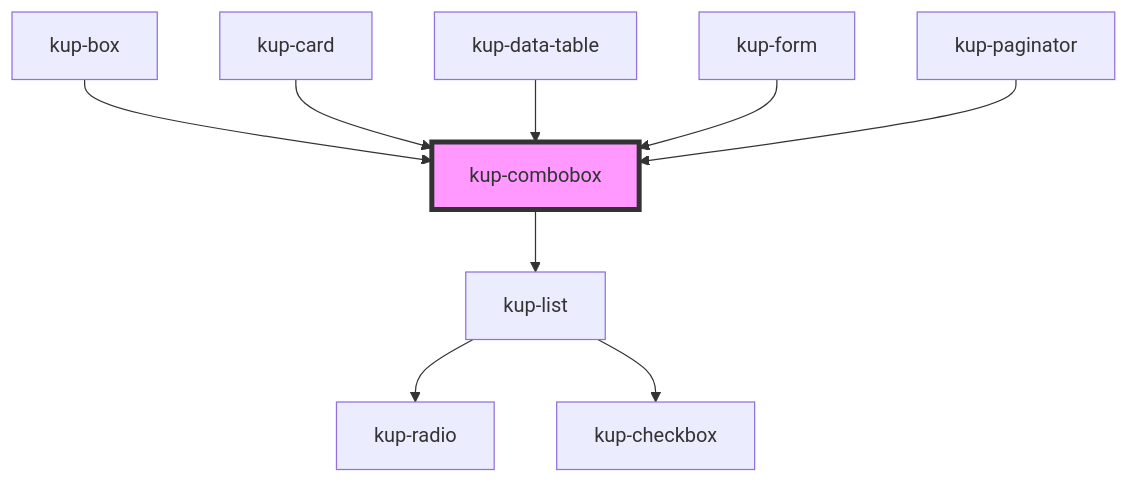
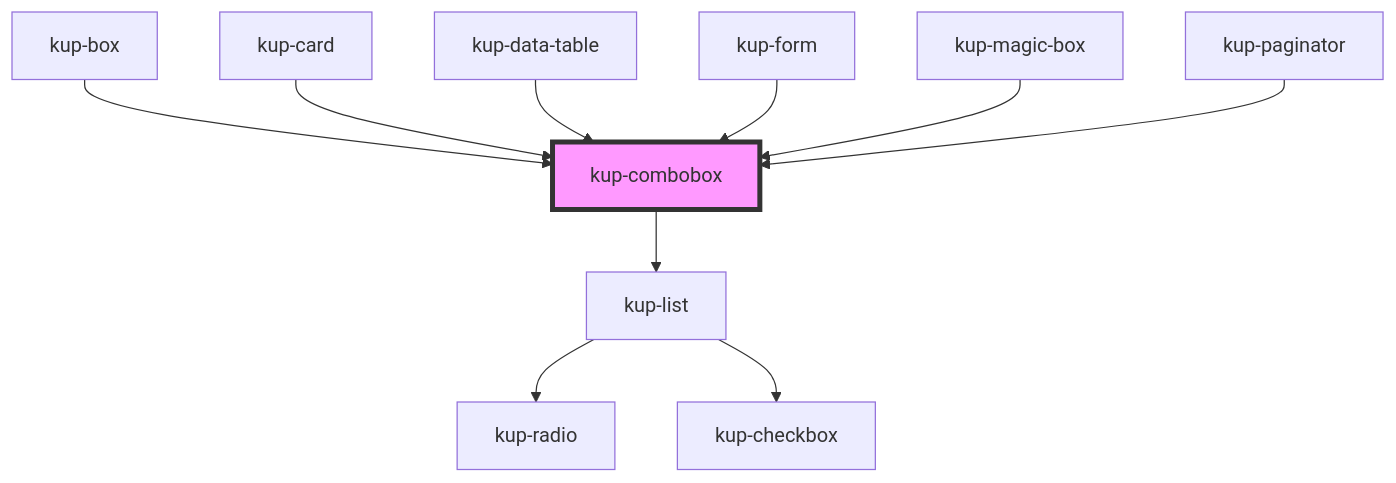
Before and after one commit to smeup/ketchup: the diagram in packages/ketchup/src/components/kup-combobox/readme.md, drawn with Mermaid. The commit also changed other lines of this file and 7 other files, not shown here.

````diff
--- a/packages/ketchup/src/components/kup-combobox/readme.md
+++ b/packages/ketchup/src/components/kup-combobox/readme.md
@@ -101,12 +102,13 @@
 ```mermaid
 graph TD;
   kup-combobox --> kup-list
   kup-list --> kup-radio
   kup-list --> kup-checkbox
   kup-box --> kup-combobox
   kup-card --> kup-combobox
   kup-data-table --> kup-combobox
   kup-form --> kup-combobox
+  kup-magic-box --> kup-combobox
   kup-paginator --> kup-combobox
   style kup-combobox fill:#f9f,stroke:#333,stroke-width:4px
 ```
````
